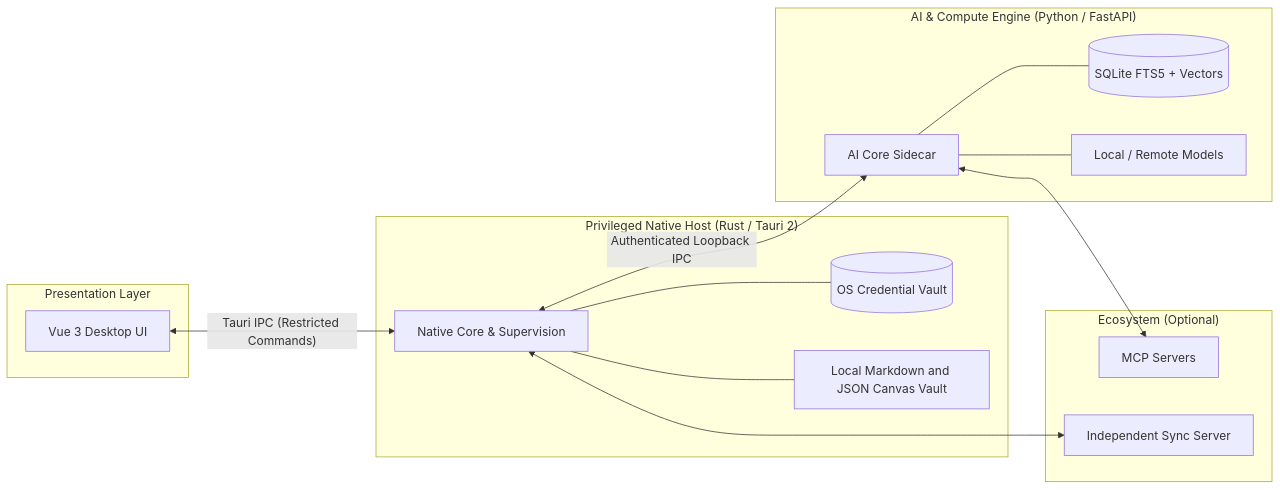
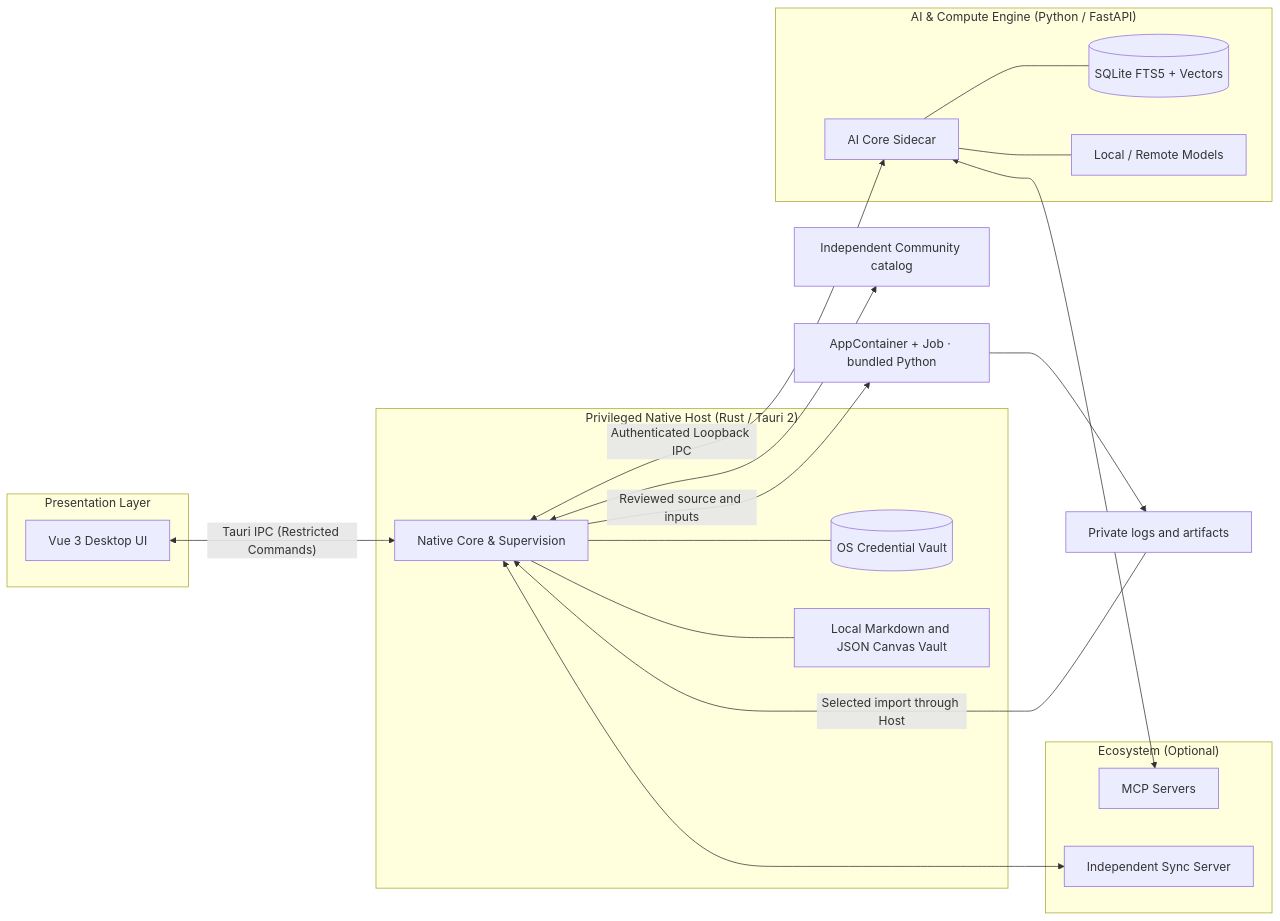
The sixth of 7 diagrams in README.md (KiriAky107/OpenNexus), drawn with Mermaid before and after one commit. The commit also changed other lines of this file and 14 other files, not shown here.

````diff
--- a/README.md
+++ b/README.md
@@ -237,33 +255,37 @@
 ```mermaid
 flowchart LR
     subgraph Frontend["Presentation Layer"]
         UI[Vue 3 Desktop UI]
     end
 
     subgraph Host["Privileged Native Host (Rust / Tauri 2)"]
         HOST[Native Core & Supervision]
         CRED[(OS Credential Vault)]
         VAULT[Local Markdown and JSON Canvas Vault]
     end
 
     subgraph Core["AI & Compute Engine (Python / FastAPI)"]
         CORE[AI Core Sidecar]
         INDEX[(SQLite FTS5 + Vectors)]
         LLM[Local / Remote Models]
     end
 
     subgraph External["Ecosystem (Optional)"]
         MCP[MCP Servers]
         SYNC[Independent Sync Server]
     end
 
     UI <-->|"Tauri IPC (Restricted Commands)"| HOST
     HOST <-->|Authenticated Loopback IPC| CORE
     HOST --- CRED
     HOST --- VAULT
     CORE --- INDEX
     CORE --- LLM
     CORE <--> MCP
     HOST <--> SYNC
+    HOST -->|Reviewed source and inputs| RUN[AppContainer + Job · bundled Python]
+    RUN --> OUTPUT[Private logs and artifacts]
+    OUTPUT -->|Selected import through Host| HOST
+    HOST <--> CATALOG[Independent Community catalog]
 
 ```
````
